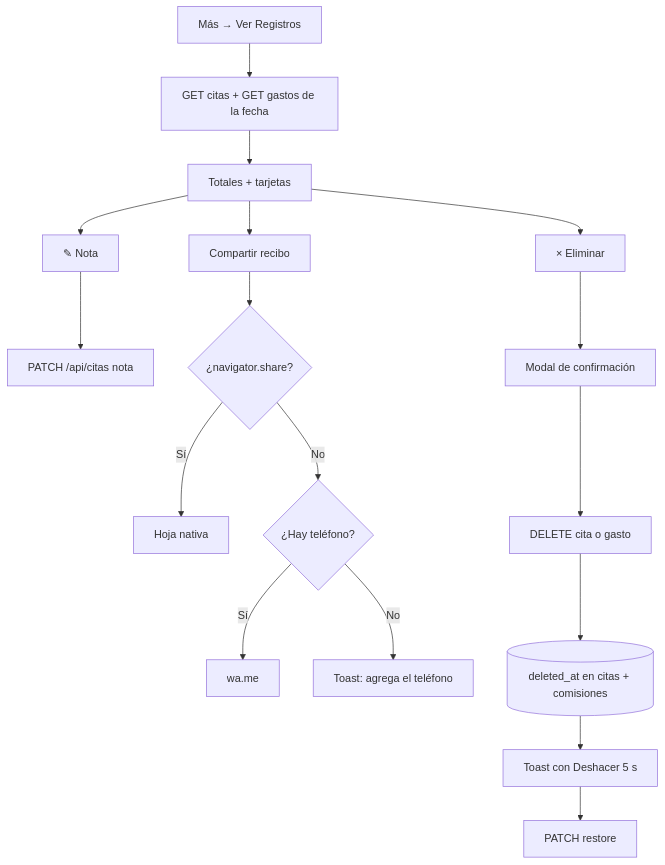
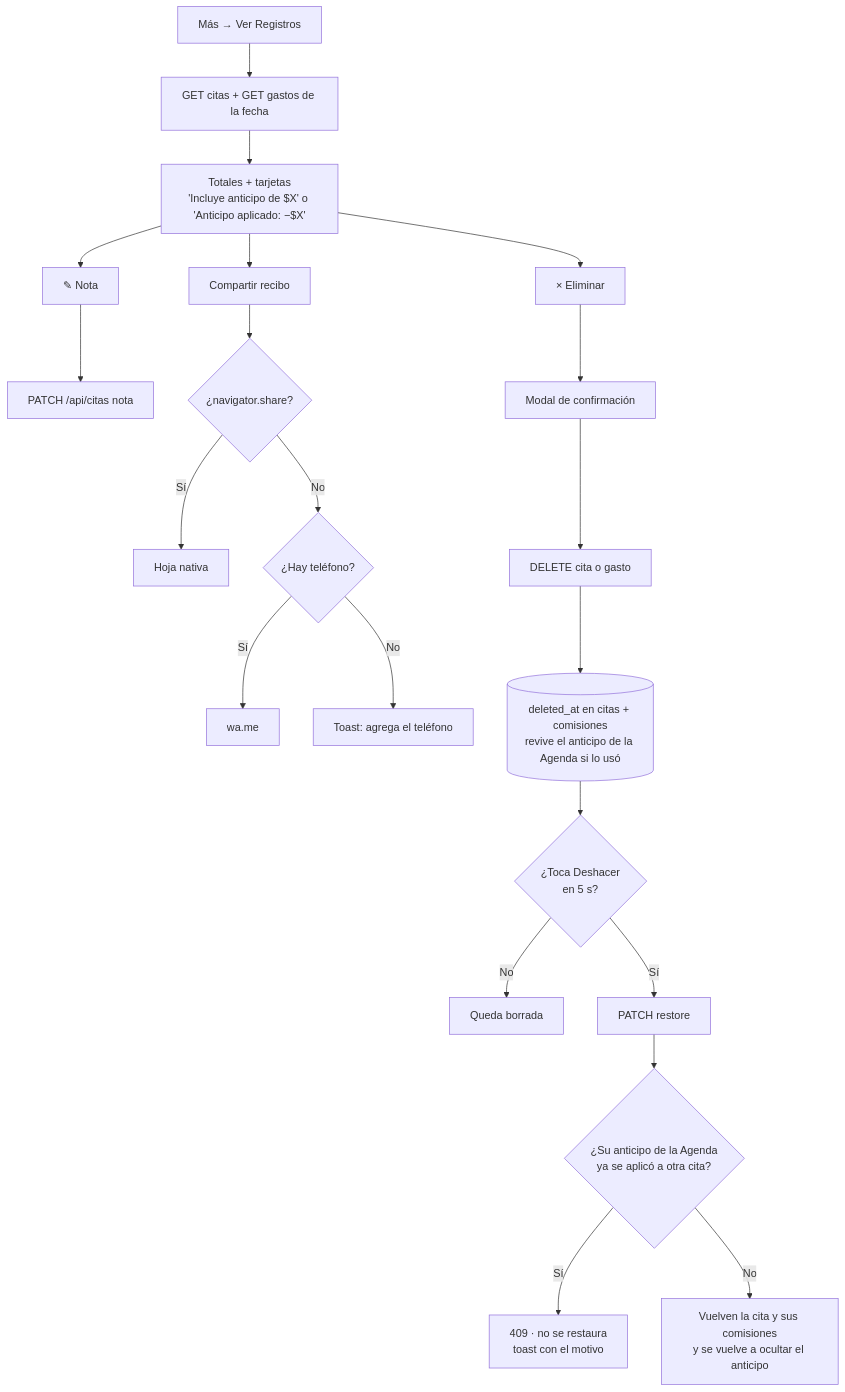
Before and after one commit to jesusangelsr12-dotcom/MarthaRdzApp: the seventh of 12 diagrams in docs/AppFlow.md, drawn with Mermaid. The commit also changed other lines of this file and 2 other files, not shown here.

First line of the commit message:
AppFlow: flujos y tablero de la v50 (anticipo en la cita, sin Agenda)

````diff
--- a/docs/AppFlow.md
+++ b/docs/AppFlow.md
@@ -246,14 +215,19 @@
 ```mermaid
 flowchart TD
   A[Más → Ver Registros] --> B[GET citas + GET gastos de la fecha]
-  B --> C[Totales + tarjetas]
+  B --> C["Totales + tarjetas<br/>'Incluye anticipo de $X' o 'Anticipo aplicado: −$X'"]
   C --> D[✎ Nota] --> D1[PATCH /api/citas nota]
   C --> E[Compartir recibo] --> E1{¿navigator.share?}
   E1 -- Sí --> E2[Hoja nativa]
   E1 -- No --> E3{¿Hay teléfono?}
   E3 -- Sí --> E4[wa.me]
   E3 -- No --> E5[Toast: agrega el teléfono]
   C --> F[× Eliminar] --> F1[Modal de confirmación] --> F2[DELETE cita o gasto]
-  F2 --> F3[(deleted_at en citas + comisiones)]
-  F3 --> F4[Toast con Deshacer 5 s] --> F5[PATCH restore]
+  F2 --> F3[(deleted_at en citas + comisiones<br/>revive el anticipo de la Agenda si lo usó)]
+  F3 --> F4{¿Toca Deshacer<br/>en 5 s?}
+  F4 -- No --> F6[Queda borrada]
+  F4 -- Sí --> F5[PATCH restore]
+  F5 --> F7{¿Su anticipo de la Agenda<br/>ya se aplicó a otra cita?}
+  F7 -- Sí --> F8["409 · no se restaura<br/>toast con el motivo"]
+  F7 -- No --> F9[Vuelven la cita y sus comisiones<br/>y se vuelve a ocultar el anticipo]
 ```
````
